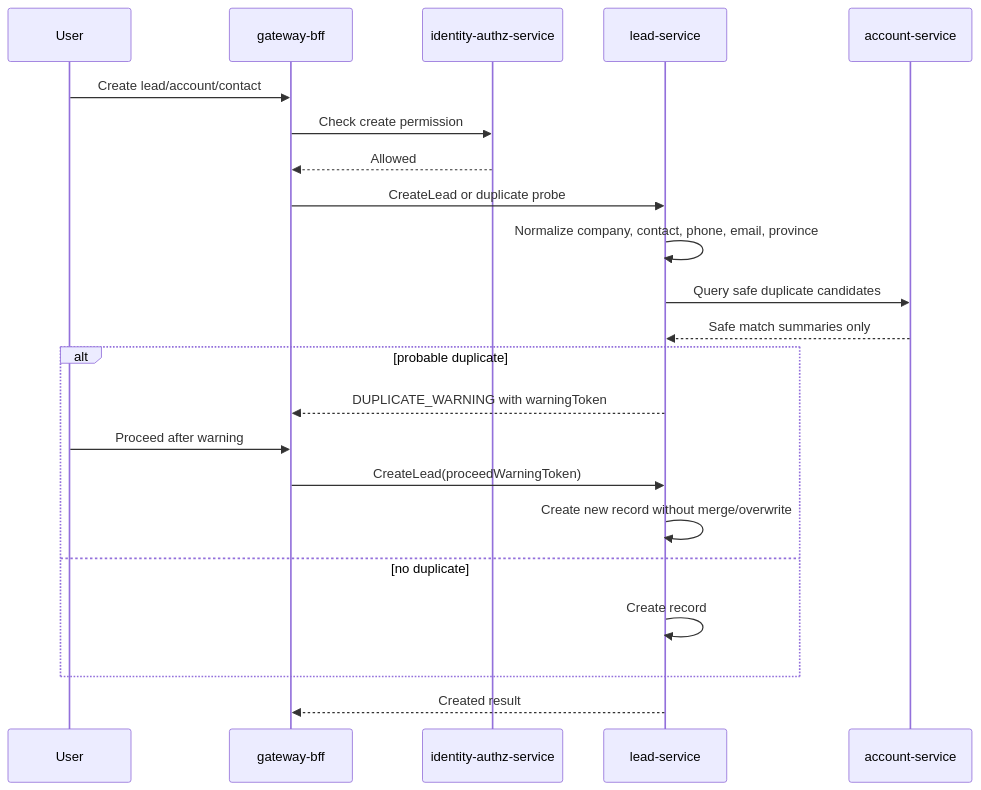
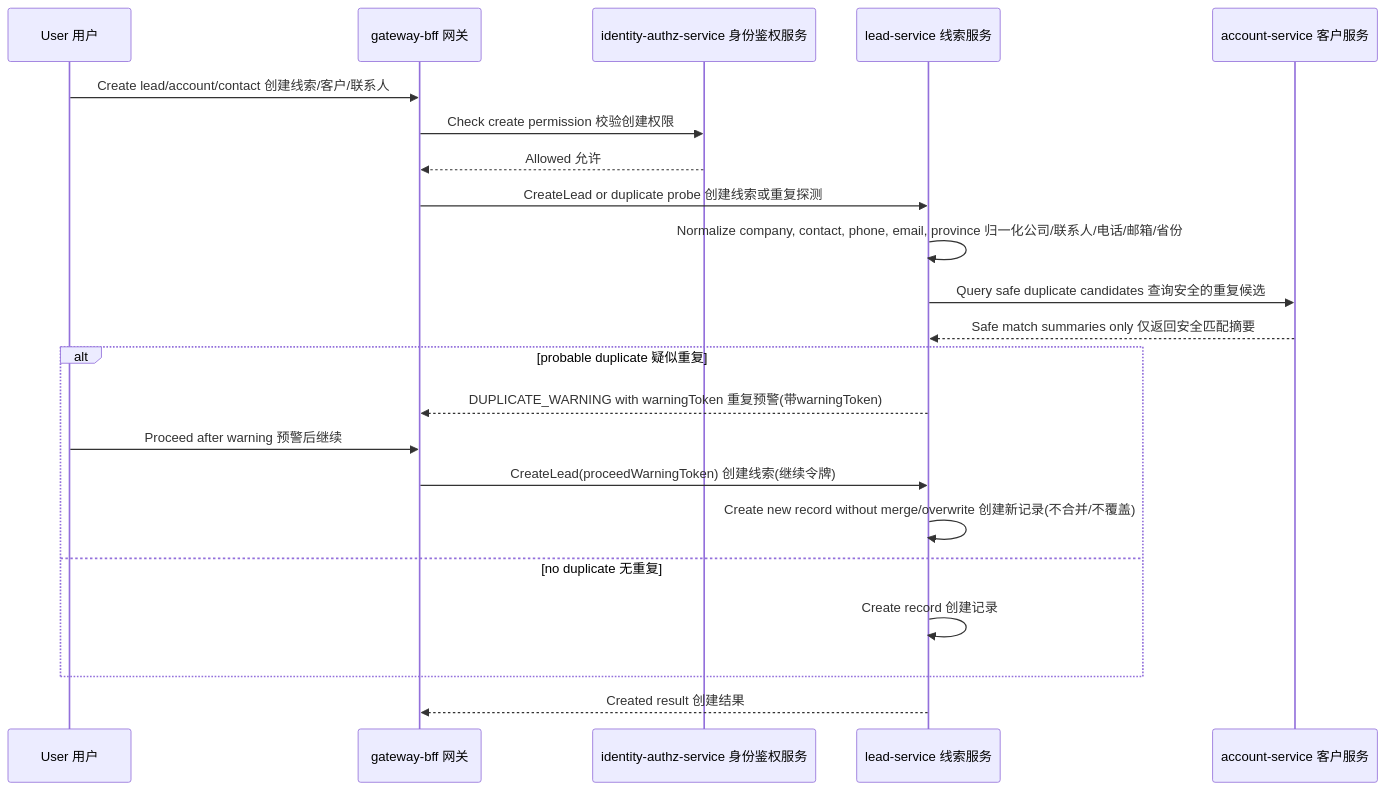
Before and after one commit to Neil996777/crm-system: diagram 14 of 14 in docs/architecture/architecture.md, drawn with Mermaid. The commit also changed other lines of this file and 33 other files, not shown here.

````diff
--- a/docs/architecture/architecture.md
+++ b/docs/architecture/architecture.md
@@ -535,25 +535,25 @@
 ```mermaid
 sequenceDiagram
-  participant U as User
-  participant G as gateway-bff
-  participant P as identity-authz-service
-  participant L as lead-service
-  participant A as account-service
+  participant U as User 用户
+  participant G as gateway-bff 网关
+  participant P as identity-authz-service 身份鉴权服务
+  participant L as lead-service 线索服务
+  participant A as account-service 客户服务
 
-  U->>G: Create lead/account/contact
-  G->>P: Check create permission
-  P-->>G: Allowed
-  G->>L: CreateLead or duplicate probe
-  L->>L: Normalize company, contact, phone, email, province
-  L->>A: Query safe duplicate candidates
-  A-->>L: Safe match summaries only
-  alt probable duplicate
-    L-->>G: DUPLICATE_WARNING with warningToken
-    U->>G: Proceed after warning
-    G->>L: CreateLead(proceedWarningToken)
-    L->>L: Create new record without merge/overwrite
-  else no duplicate
-    L->>L: Create record
+  U->>G: Create lead/account/contact 创建线索/客户/联系人
+  G->>P: Check create permission 校验创建权限
+  P-->>G: Allowed 允许
+  G->>L: CreateLead or duplicate probe 创建线索或重复探测
+  L->>L: Normalize company, contact, phone, email, province 归一化公司/联系人/电话/邮箱/省份
+  L->>A: Query safe duplicate candidates 查询安全的重复候选
+  A-->>L: Safe match summaries only 仅返回安全匹配摘要
+  alt probable duplicate 疑似重复
+    L-->>G: DUPLICATE_WARNING with warningToken 重复预警(带warningToken)
+    U->>G: Proceed after warning 预警后继续
+    G->>L: CreateLead(proceedWarningToken) 创建线索(继续令牌)
+    L->>L: Create new record without merge/overwrite 创建新记录(不合并/不覆盖)
+  else no duplicate 无重复
+    L->>L: Create record 创建记录
   end
-  L-->>G: Created result
+  L-->>G: Created result 创建结果
 ```
````
